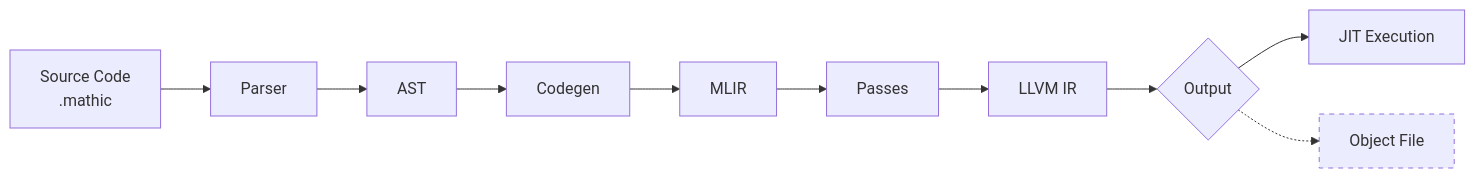
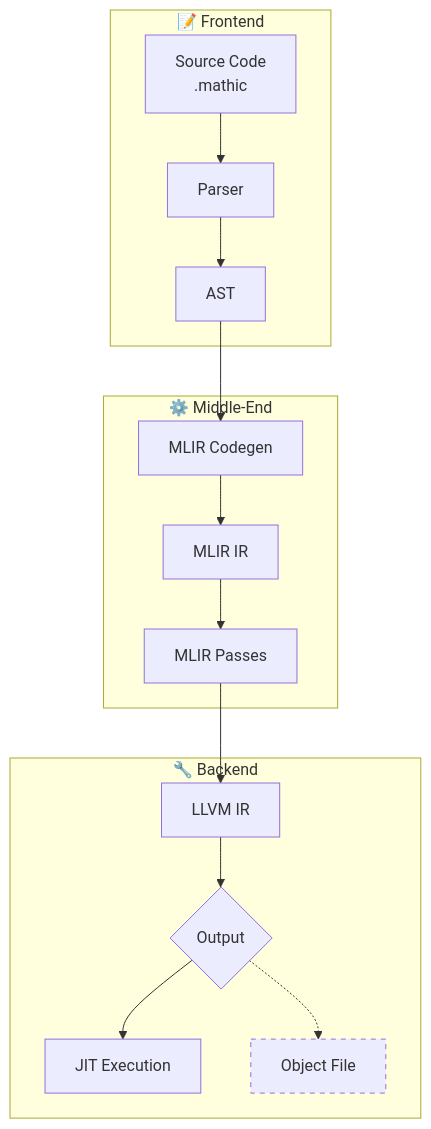
One commit to FrancoGiachetta/mathic changed the diagram in README.md. Above: the diagram before and after it, drawn with Mermaid. The commit also changed other lines of this file and 2 other files, not shown here.

Commit message:
refactor readme and remove env.sh

````diff
--- a/README.md
+++ b/README.md
@@ -113,13 +100,23 @@
 ```mermaid
-flowchart LR
-    Source[Source Code<br/>.mathic] --> Parser
-    Parser --> AST
-    AST --> Codegen
-    Codegen --> MLIR
-    MLIR --> Passes
-    Passes --> LLVM[LLVM IR]
-    LLVM --> Output{Output}
-    Output --> JIT[JIT Execution]
-    Output -.-> OBJ[Object File]
+flowchart TD
+    subgraph Frontend["📝 Frontend"]
+        Source[Source Code<br/>.mathic]
+        Source --> Parser[Parser]
+        Parser --> AST[AST]
+    end
+    
+    subgraph MiddleEnd["⚙️ Middle-End"]
+        AST --> Codegen[MLIR Codegen]
+        Codegen --> MLIR[MLIR IR]
+        MLIR --> Passes[MLIR Passes]
+    end
+    
+    subgraph Backend["🔧 Backend"]
+        Passes --> LLVM[LLVM IR]
+        LLVM --> Output{Output}
+        Output --> JIT[JIT Execution]
+        Output -.-> OBJ[Object File]
+    end
+    
     style OBJ stroke-dasharray: 5 5
 ```
````
